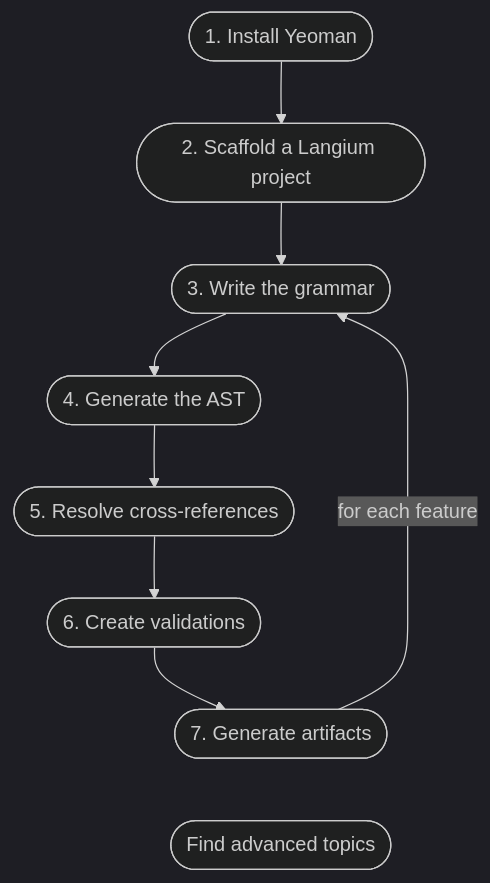
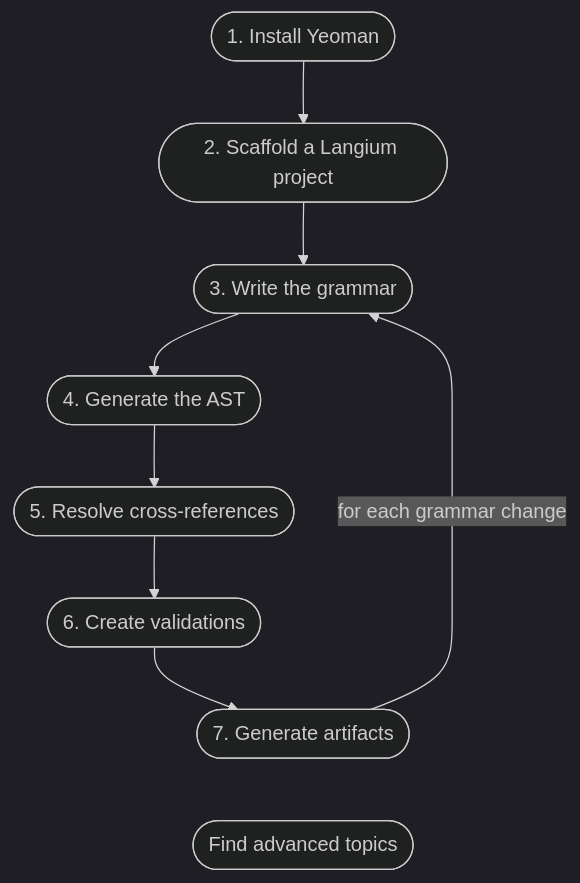
The diagram in hugo/content/docs/learn/workflow/_index.md (eclipse-langium/langium-website), drawn with Mermaid (dark theme) before and after one commit. The commit also changed other lines of this file and 1 other file, not shown here.

Commit message:
Update workflow documentation to reflect grammar change iteration

```diff
--- a/hugo/content/docs/learn/workflow/_index.md
+++ b/hugo/content/docs/learn/workflow/_index.md
@@ -10,22 +10,22 @@
 {{<mermaid>}}
 flowchart TD
   A(["1. Install Yeoman"]);
   B(["2. Scaffold a Langium project"]);
   C(["3. Write the grammar"]);
   D(["4. Generate the AST"]);
   E(["5. Resolve cross-references"]);
   F(["6. Create validations"]);
   G(["7. Generate artifacts"]);
   H(["Find advanced topics"]);
   A --> B --> C --> D --> E --> F --> G ~~~ H;
-  G -- for each feature --> C;
+  G -- for each grammar change --> C;
 
   click A "/docs/learn/workflow/install"
   click B "/docs/learn/workflow/scaffold"
   click C "/docs/learn/workflow/write_grammar"
   click D "/docs/learn/workflow/generate_ast"
   click E "/docs/learn/workflow/resolve_cross_references"
   click F "/docs/learn/workflow/create_validations"
   click G "/docs/learn/workflow/generate_everything"
   click H "/docs/recipes"
 {{</mermaid>}}
```
